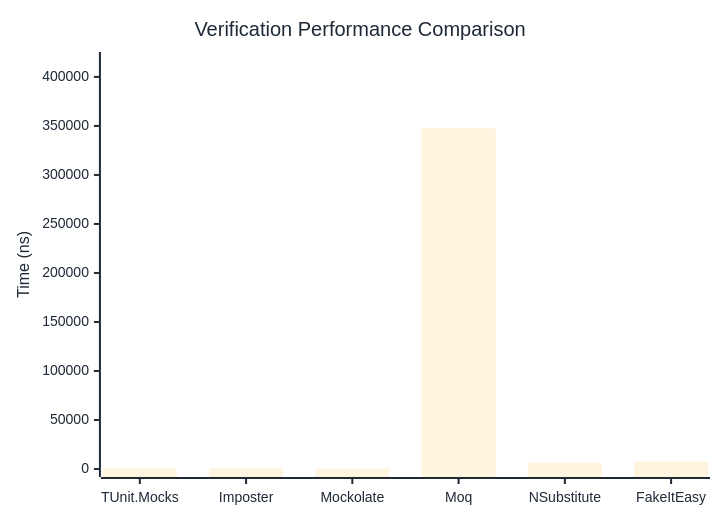
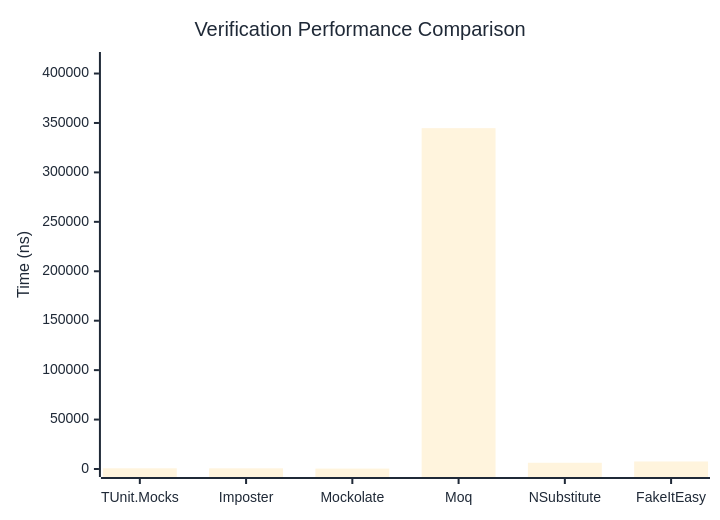
Before and after one commit to thomhurst/TUnit: the first of 3 diagrams in docs/docs/benchmarks/mocks/Verification.md, drawn with Mermaid. The commit also changed other lines of this file and 14 other files, not shown here.

````diff
--- a/docs/docs/benchmarks/mocks/Verification.md
+++ b/docs/docs/benchmarks/mocks/Verification.md
@@ -30,27 +30,27 @@
 ```mermaid
 %%{init: {
   'theme':'base',
   'themeVariables': {
     'primaryColor': '#2563eb',
     'primaryTextColor': '#1f2937',
     'primaryBorderColor': '#1e40af',
     'lineColor': '#6b7280',
     'secondaryColor': '#7c3aed',
     'tertiaryColor': '#dc2626',
     'background': '#ffffff',
     'pie1': '#2563eb',
     'pie2': '#7c3aed',
     'pie3': '#dc2626',
     'pie4': '#f59e0b',
     'pie5': '#10b981',
     'pie6': '#06b6d4',
     'pie7': '#ec4899',
     'pie8': '#6366f1'
   }
 }}%%
 xychart-beta
   title "Verification Performance Comparison"
   x-axis ["TUnit.Mocks", "Imposter", "Mockolate", "Moq", "NSubstitute", "FakeItEasy"]
-  y-axis "Time (ns)" 0 --> 417267
-  bar [703.59, 668.67, 390.96, 347722, 6393.07, 7621.42]
+  y-axis "Time (ns)" 0 --> 413684
+  bar [697.71, 671.73, 401.61, 344736.57, 6315.6, 7604.91]
 ```
````
